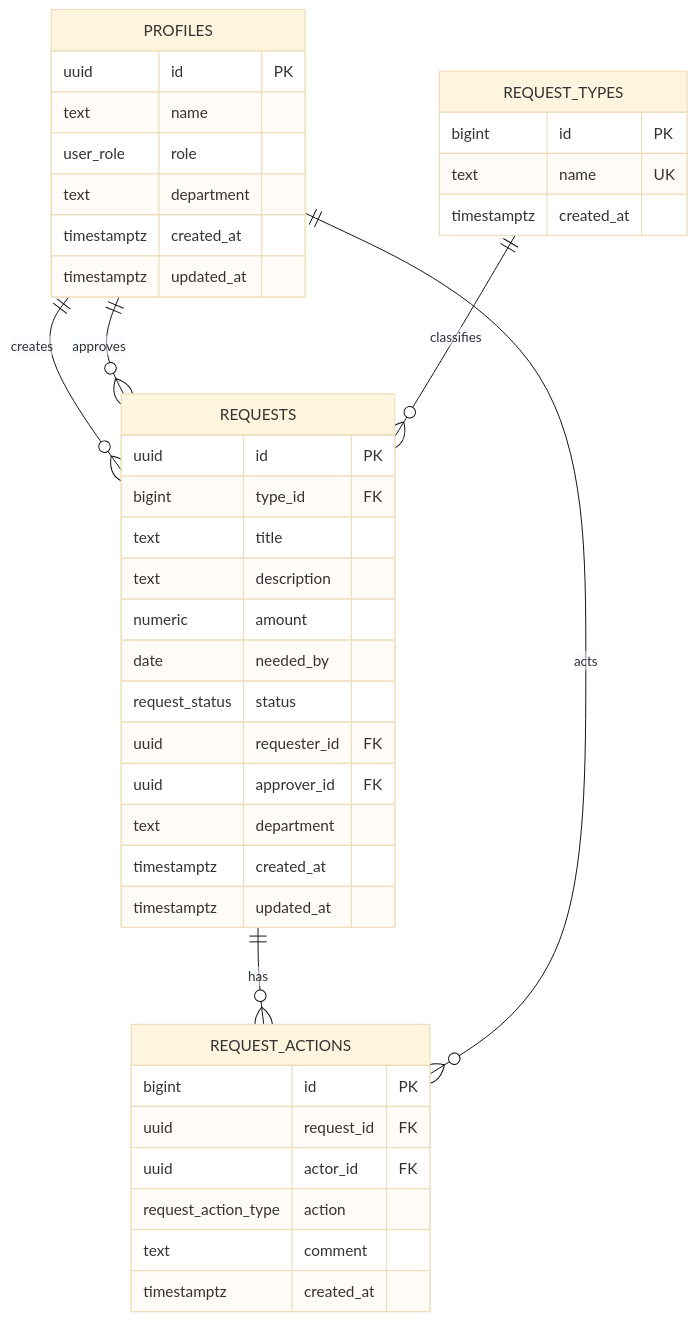
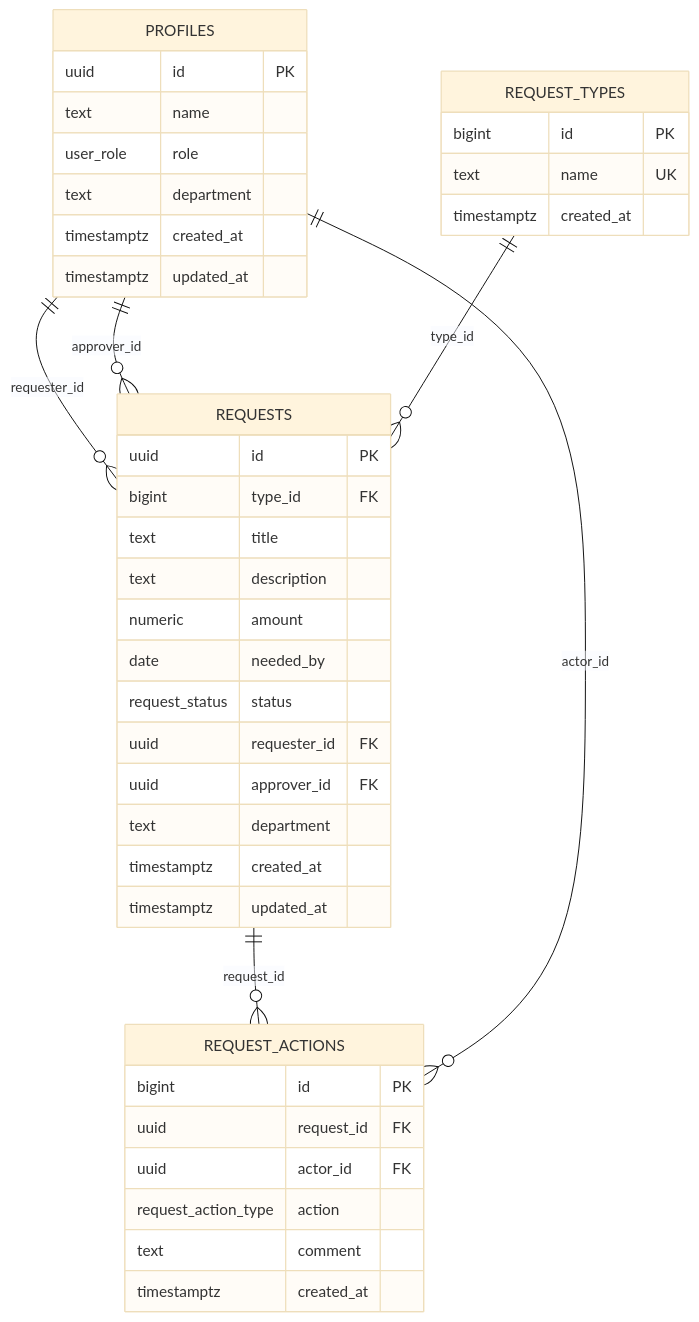
One commit to tominaga-r/lvj-approval changed the second of 2 diagrams in README.md. Above: the diagram before and after it, drawn with Mermaid (base theme). The commit also changed other lines of this file, not shown here.

Commit message:
docs: update README ER diagram and project description

````diff
--- a/README.md
+++ b/README.md
@@ -156,47 +154,47 @@
 ```mermaid
 erDiagram
-    PROFILES ||--o{ REQUESTS : "creates"
-    PROFILES ||--o{ REQUESTS : "approves"
-    REQUEST_TYPES ||--o{ REQUESTS : "classifies"
-    REQUESTS ||--o{ REQUEST_ACTIONS : "has"
-    PROFILES ||--o{ REQUEST_ACTIONS : "acts"
-
     PROFILES {
         uuid id PK
         text name
         user_role role
         text department
         timestamptz created_at
         timestamptz updated_at
     }
 
     REQUEST_TYPES {
         bigint id PK
         text name UK
         timestamptz created_at
     }
 
     REQUESTS {
         uuid id PK
         bigint type_id FK
         text title
         text description
         numeric amount
         date needed_by
         request_status status
         uuid requester_id FK
         uuid approver_id FK
         text department
         timestamptz created_at
         timestamptz updated_at
     }
 
     REQUEST_ACTIONS {
         bigint id PK
         uuid request_id FK
         uuid actor_id FK
         request_action_type action
         text comment
         timestamptz created_at
     }
+
+    PROFILES ||--o{ REQUESTS : requester_id
+    PROFILES ||--o{ REQUESTS : approver_id
+    REQUEST_TYPES ||--o{ REQUESTS : type_id
+    REQUESTS ||--o{ REQUEST_ACTIONS : request_id
+    PROFILES ||--o{ REQUEST_ACTIONS : actor_id
 ```
````
